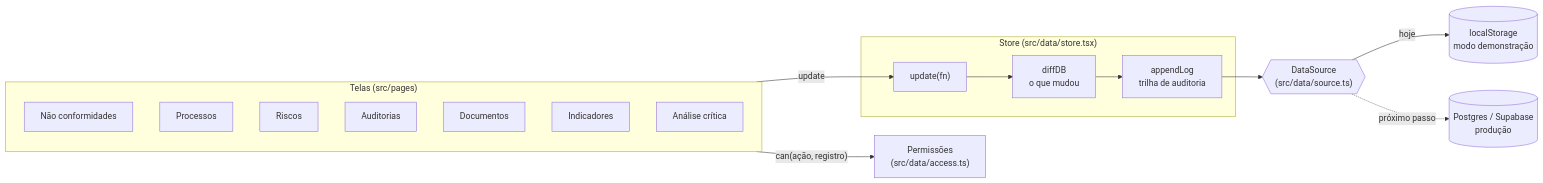
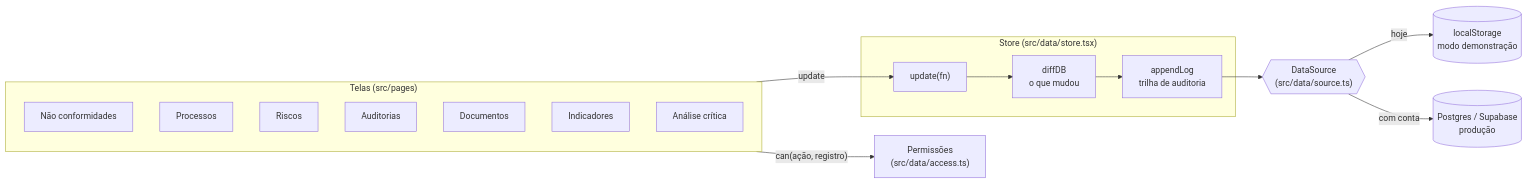
Before and after one commit to Oberon-23/SGQ-Rotalume: the diagram in docs/arquitetura.md, drawn with Mermaid. The commit also changed other lines of this file and 33 other files, not shown here.

````diff
--- a/docs/arquitetura.md
+++ b/docs/arquitetura.md
@@ -7,28 +7,28 @@
 ```mermaid
 flowchart LR
   subgraph Telas["Telas (src/pages)"]
     NC[Não conformidades]
     PR[Processos]
     RI[Riscos]
     AU[Auditorias]
     DO[Documentos]
     KP[Indicadores]
     AC[Análise crítica]
   end
 
   subgraph Store["Store (src/data/store.tsx)"]
     U["update(fn)"]
     D["diffDB<br/>o que mudou"]
     L["appendLog<br/>trilha de auditoria"]
   end
 
   P["Permissões<br/>(src/data/access.ts)"]
   S{{"DataSource<br/>(src/data/source.ts)"}}
   LS[(localStorage<br/>modo demonstração)]
   SB[(Postgres / Supabase<br/>produção)]
 
   Telas -- "can(ação, registro)" --> P
   Telas -- "update" --> U --> D --> L --> S
   S -- hoje --> LS
-  S -. próximo passo .-> SB
+  S -- com conta --> SB
 ```
````
